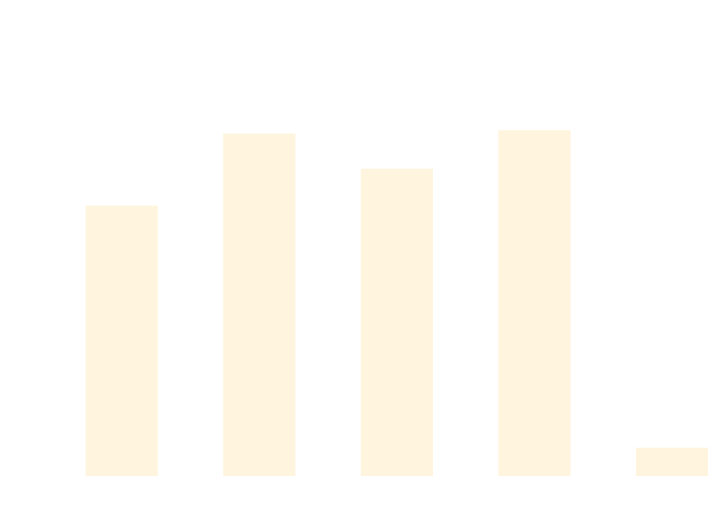
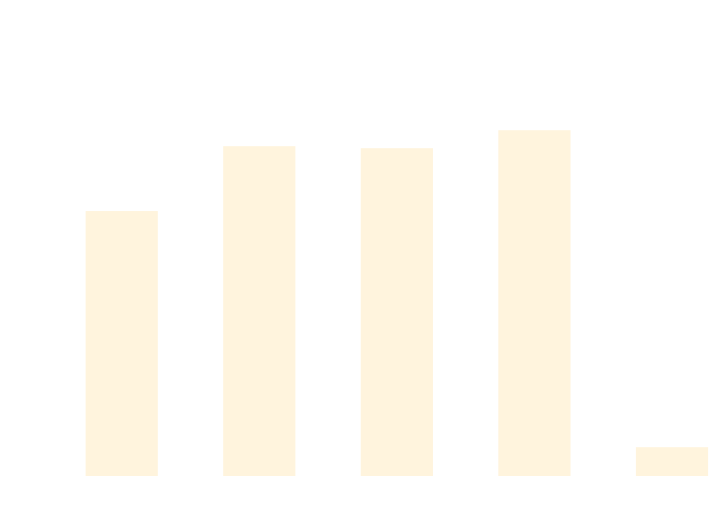
The diagram in docs/docs/benchmarks/ScaleTests.md (weiyilai/TUnit), drawn with Mermaid before and after one commit. The commit also changed other lines of this file and 17 other files, not shown here.

````diff
--- a/docs/docs/benchmarks/ScaleTests.md
+++ b/docs/docs/benchmarks/ScaleTests.md
@@ -27,37 +27,37 @@
 ```mermaid
 %%{init: {
   'theme':'base',
   'themeVariables': {
     'primaryColor': '#2563eb',
     'primaryTextColor': '#ffffff',
     'primaryBorderColor': '#1e40af',
     'lineColor': '#6b7280',
     'secondaryColor': '#7c3aed',
     'tertiaryColor': '#dc2626',
     'background': '#ffffff',
     'mainBkg': '#2563eb',
     'secondBkg': '#7c3aed',
     'tertiaryBkg': '#dc2626',
     'clusterBkg': '#f3f4f6',
     'edgeLabelBackground': '#ffffff',
     'tertiaryTextColor': '#1f2937',
     'pie1': '#2563eb',
     'pie2': '#7c3aed',
     'pie3': '#dc2626',
     'pie4': '#f59e0b',
     'pie5': '#10b981',
     'pie6': '#06b6d4',
     'pie7': '#ec4899',
     'pie8': '#6366f1',
     'pie9': '#84cc16',
     'pie10': '#f97316',
     'pie11': '#14b8a6',
     'pie12': '#a855f7'
   }
 }}%%
 xychart-beta
   title "ScaleTests Performance Comparison"
   x-axis ["TUnit", "NUnit", "MSTest", "xUnit3", "TUnit_AOT"]
-  y-axis "Time (ms)" 0 --> 728
-  bar [470.75, 600.19, 537.02, 606.16, 35.52]
+  y-axis "Time (ms)" 0 --> 720
+  bar [455.93, 571.23, 567.68, 599.61, 36.12]
 ```
````
